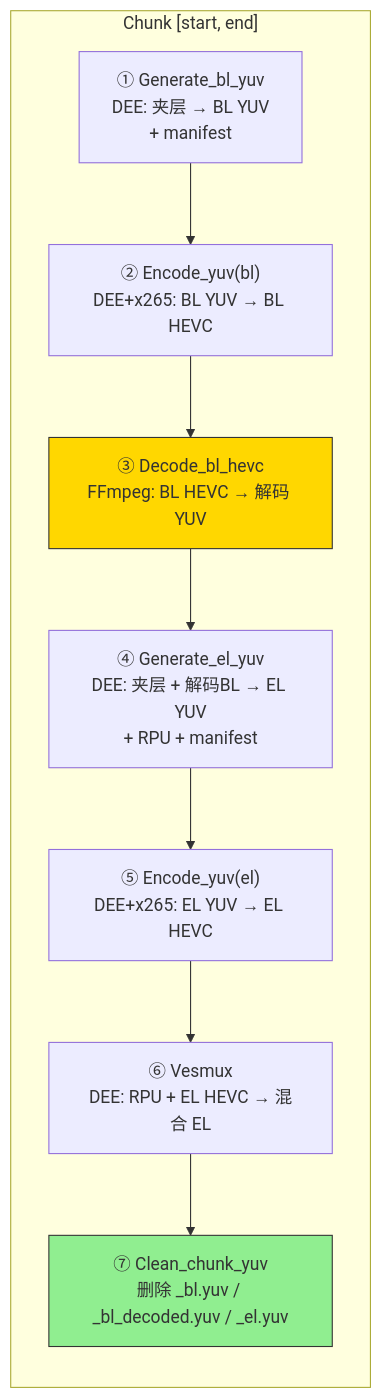
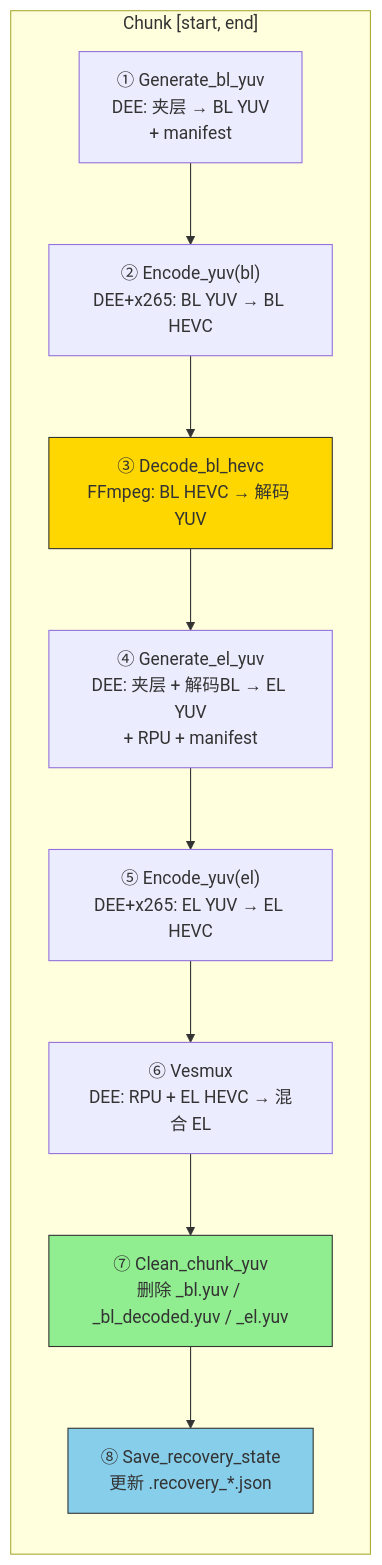
Before and after one commit to LumaVistaLab/DEE_Workflow: the second of 5 diagrams in README.md, drawn with Mermaid. The commit also changed other lines of this file and 10 other files, not shown here.

````diff
--- a/README.md
+++ b/README.md
@@ -90,18 +94,21 @@
 ```mermaid
 flowchart LR
     subgraph Chunk["Chunk [start, end]"]
         direction TB
         S1["① Generate_bl_yuv\nDEE: 夹层 → BL YUV\n+ manifest"]
         S2["② Encode_yuv(bl)\nDEE+x265: BL YUV → BL HEVC"]
         S3["③ Decode_bl_hevc\nFFmpeg: BL HEVC → 解码 YUV"]
         S4["④ Generate_el_yuv\nDEE: 夹层 + 解码BL → EL YUV\n+ RPU + manifest"]
         S5["⑤ Encode_yuv(el)\nDEE+x265: EL YUV → EL HEVC"]
         S6["⑥ Vesmux\nDEE: RPU + EL HEVC → 混合 EL"]
         S7["⑦ Clean_chunk_yuv\n删除 _bl.yuv / _bl_decoded.yuv / _el.yuv"]
 
-        S1 --> S2 --> S3 --> S4 --> S5 --> S6 --> S7
+        S8["⑧ Save_recovery_state\n更新 .recovery_*.json"]
+
+        S1 --> S2 --> S3 --> S4 --> S5 --> S6 --> S7 --> S8
     end
 
     style S3 fill:#ffd700,stroke:#333
     style S7 fill:#90ee90,stroke:#333
+    style S8 fill:#87ceeb,stroke:#333
 ```
````
